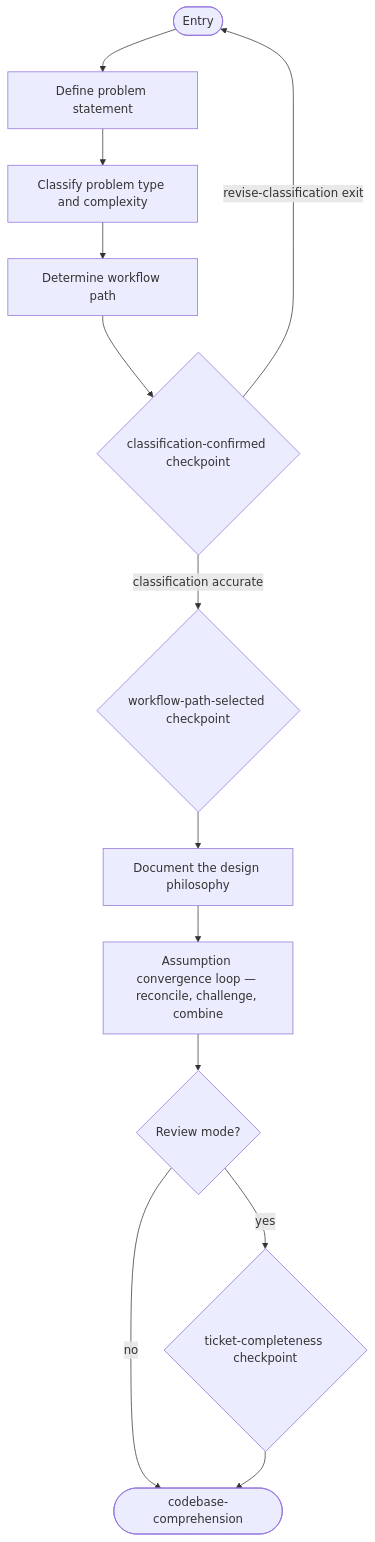
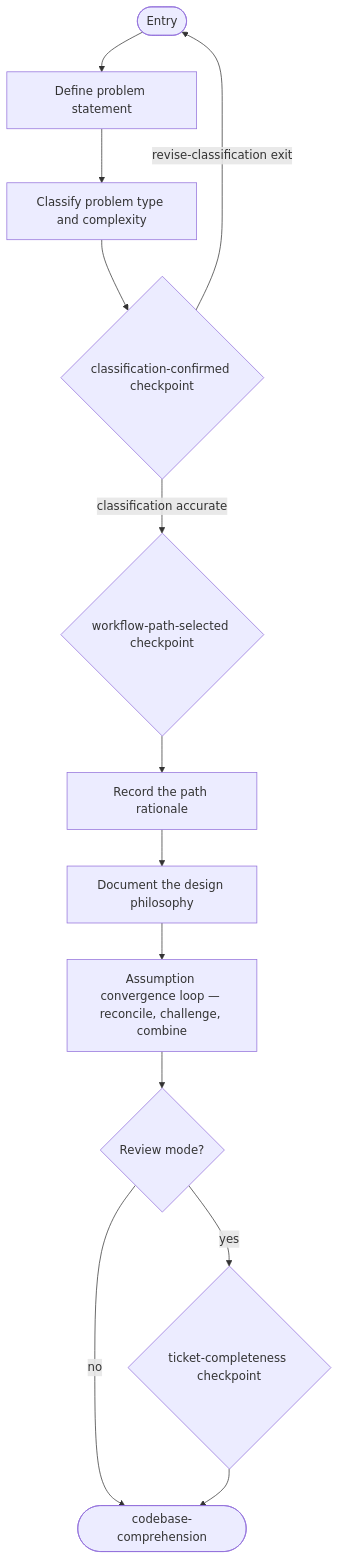
The second of 15 diagrams in work-package/activities/README.md (m2ux/workflow-server), drawn with Mermaid before and after one commit. The commit also changed other lines of this file and 21 other files, not shown here.

````diff
--- a/work-package/activities/README.md
+++ b/work-package/activities/README.md
@@ -64,15 +64,15 @@
 ```mermaid
 graph TD
     entryNode(["Entry"]) --> defineProblem["Define problem statement"]
     defineProblem --> classifyProblem["Classify problem type and complexity"]
-    classifyProblem --> determinePath["Determine workflow path"]
-    determinePath --> cpClassification{"classification-confirmed checkpoint"}
+    classifyProblem --> cpClassification{"classification-confirmed checkpoint"}
     cpClassification -->|"revise-classification exit"| entryNode
     cpClassification -->|"classification accurate"| cpPath{"workflow-path-selected checkpoint"}
-    cpPath --> docPhilosophy["Document the design philosophy"]
+    cpPath --> pathRationale["Record the path rationale"]
+    pathRationale --> docPhilosophy["Document the design philosophy"]
     docPhilosophy --> converge["Assumption convergence loop — reconcile, challenge, combine"]
     converge --> reviewMode{"Review mode?"}
     reviewMode -->|"yes"| ticketCompleteness{"ticket-completeness checkpoint"}
     reviewMode -->|"no"| exitComprehension(["codebase-comprehension"])
     ticketCompleteness --> exitComprehension
 ```
````
